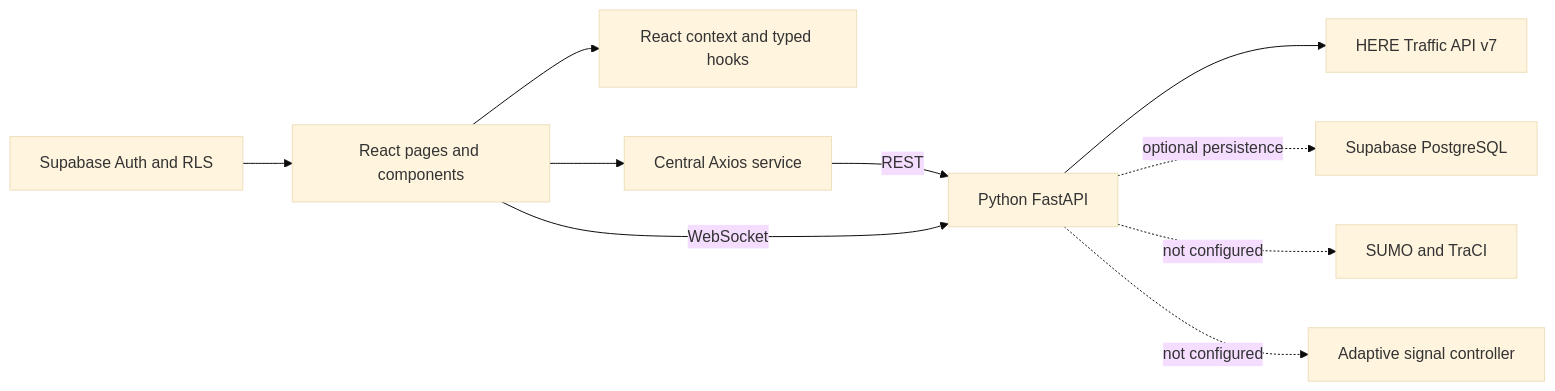
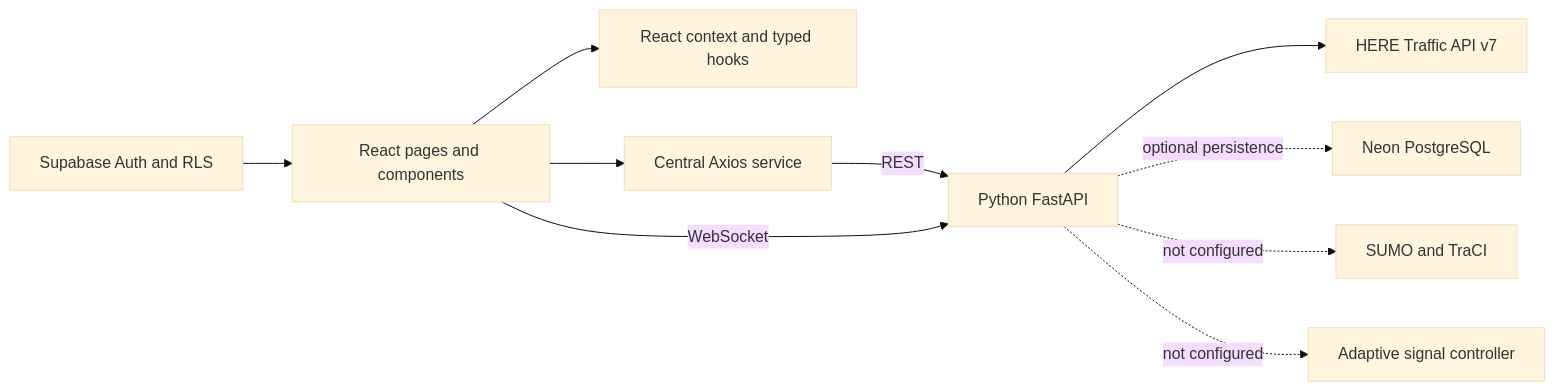
Before and after one commit to Rohit-k2007/Smart-Flow-AI-: the diagram in docs/frontend-architecture.md, drawn with Mermaid (base theme). The commit also changed other lines of this file and 32 other files, not shown here.

````diff
--- a/docs/frontend-architecture.md
+++ b/docs/frontend-architecture.md
@@ -12,12 +12,12 @@
 ```mermaid
 flowchart LR
     UI[React pages and components] --> State[React context and typed hooks]
     UI --> API[Central Axios service]
     API -->|REST| Backend[Python FastAPI]
     UI -->|WebSocket| Backend
     Backend --> HERE[HERE Traffic API v7]
     Auth[Supabase Auth and RLS] --> UI
-    Backend -. optional persistence .-> DB[Supabase PostgreSQL]
+    Backend -. optional persistence .-> DB[Neon PostgreSQL]
     Backend -. not configured .-> SUMO[SUMO and TraCI]
     Backend -. not configured .-> AI[Adaptive signal controller]
 ```
````
